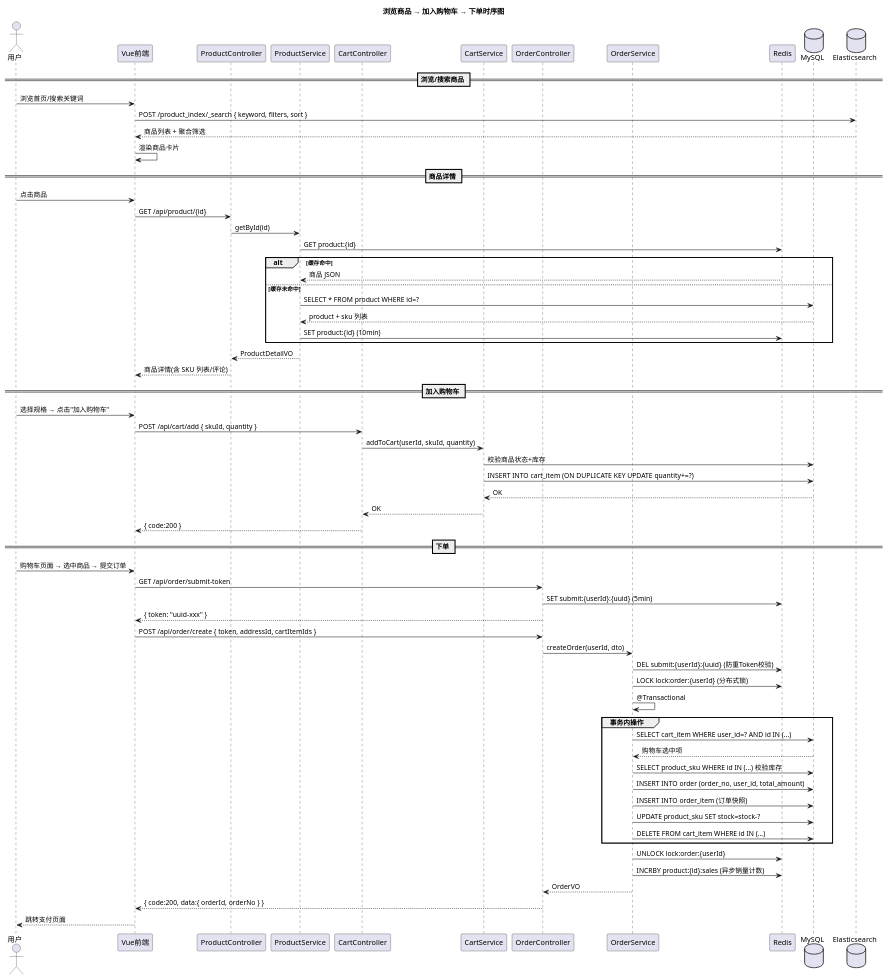
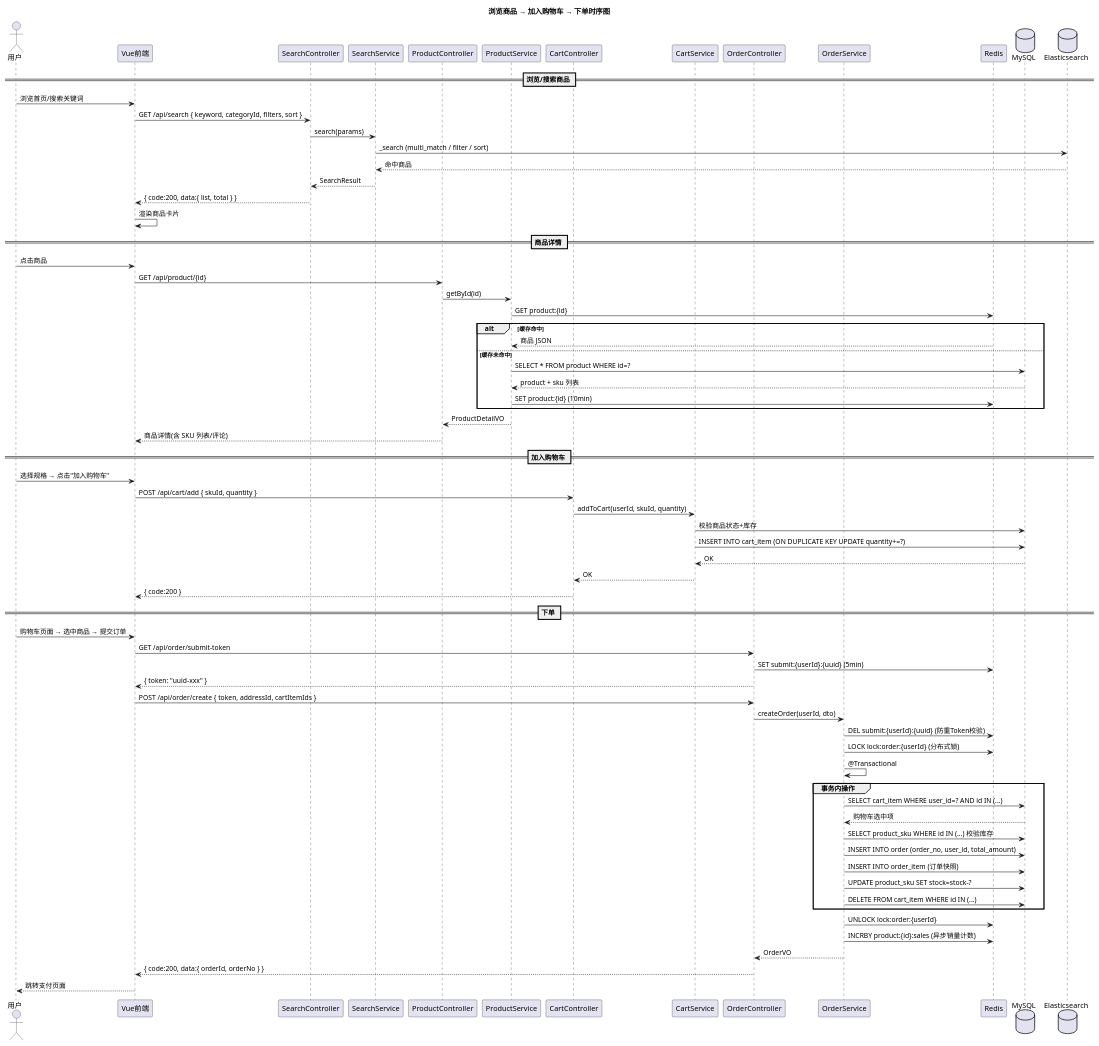
The second of 6 diagrams in uml/uml-sequence.puml (KIM406-CMD/chrono), drawn with PlantUML before and after one commit. The commit also changed other lines of this file and 8 other files, not shown here.

First line of the commit message:
docs: 同步设计文档与 UML 图并补充秒杀券模块

```diff
--- a/uml/uml-sequence.puml
+++ b/uml/uml-sequence.puml
@@ -53,76 +53,82 @@
 @startuml 浏览商品加入购物车下单
 
 title 浏览商品 → 加入购物车 → 下单时序图
 
 actor 用户 as User
 participant "Vue前端" as Vue
+participant "SearchController" as SC
+participant "SearchService" as SS
 participant "ProductController" as PC
 participant "ProductService" as PS
 participant "CartController" as CC
 participant "CartService" as CS
 participant "OrderController" as OC
 participant "OrderService" as OS
 participant "Redis" as Redis
 database "MySQL" as DB
 database "Elasticsearch" as ES
 
 == 浏览/搜索商品 ==
 User -> Vue : 浏览首页/搜索关键词
-Vue -> ES : POST /product_index/_search { keyword, filters, sort }
-ES --> Vue : 商品列表 + 聚合筛选
+Vue -> SC : GET /api/search { keyword, categoryId, filters, sort }
+SC -> SS : search(params)
+SS -> ES : _search (multi_match / filter / sort)
+ES --> SS : 命中商品
+SS --> SC : SearchResult
+SC --> Vue : { code:200, data:{ list, total } }
 Vue -> Vue : 渲染商品卡片
 
 == 商品详情 ==
 User -> Vue : 点击商品
 Vue -> PC : GET /api/product/{id}
 PC -> PS : getById(id)
 PS -> Redis : GET product:{id}
 alt 缓存命中
   Redis --> PS : 商品 JSON
 else 缓存未命中
   PS -> DB : SELECT * FROM product WHERE id=?
   DB --> PS : product + sku 列表
   PS -> Redis : SET product:{id} (10min)
 end
 PS --> PC : ProductDetailVO
 PC --> Vue : 商品详情(含 SKU 列表/评论)
 
 == 加入购物车 ==
 User -> Vue : 选择规格 → 点击"加入购物车"
 Vue -> CC : POST /api/cart/add { skuId, quantity }
 CC -> CS : addToCart(userId, skuId, quantity)
 CS -> DB : 校验商品状态+库存
 CS -> DB : INSERT INTO cart_item (ON DUPLICATE KEY UPDATE quantity+=?)
 DB --> CS : OK
 CS --> CC : OK
 CC --> Vue : { code:200 }
 
 == 下单 ==
 User -> Vue : 购物车页面 → 选中商品 → 提交订单
 Vue -> OC : GET /api/order/submit-token
 OC -> Redis : SET submit:{userId}:{uuid} (5min)
 OC --> Vue : { token: "uuid-xxx" }
 
 Vue -> OC : POST /api/order/create { token, addressId, cartItemIds }
 OC -> OS : createOrder(userId, dto)
 OS -> Redis : DEL submit:{userId}:{uuid} (防重Token校验)
 OS -> Redis : LOCK lock:order:{userId} (分布式锁)
 OS -> OS : @Transactional
 
 group 事务内操作
   OS -> DB : SELECT cart_item WHERE user_id=? AND id IN (...)
   DB --> OS : 购物车选中项
   OS -> DB : SELECT product_sku WHERE id IN (...) 校验库存
   OS -> DB : INSERT INTO order (order_no, user_id, total_amount)
   OS -> DB : INSERT INTO order_item (订单快照)
   OS -> DB : UPDATE product_sku SET stock=stock-?
   OS -> DB : DELETE FROM cart_item WHERE id IN (...)
 end
 
 OS -> Redis : UNLOCK lock:order:{userId}
 OS -> Redis : INCRBY product:{id}:sales (异步销量计数)
 OS --> OC : OrderVO
 OC --> Vue : { code:200, data:{ orderId, orderNo } }
 Vue --> User : 跳转支付页面
 
 @enduml
```
